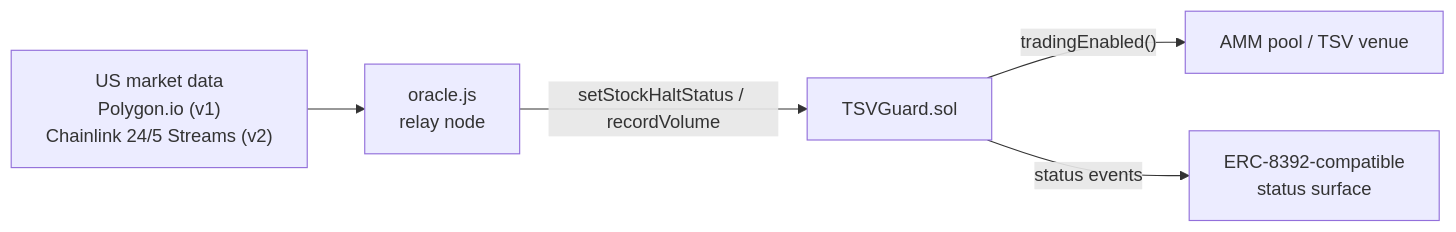
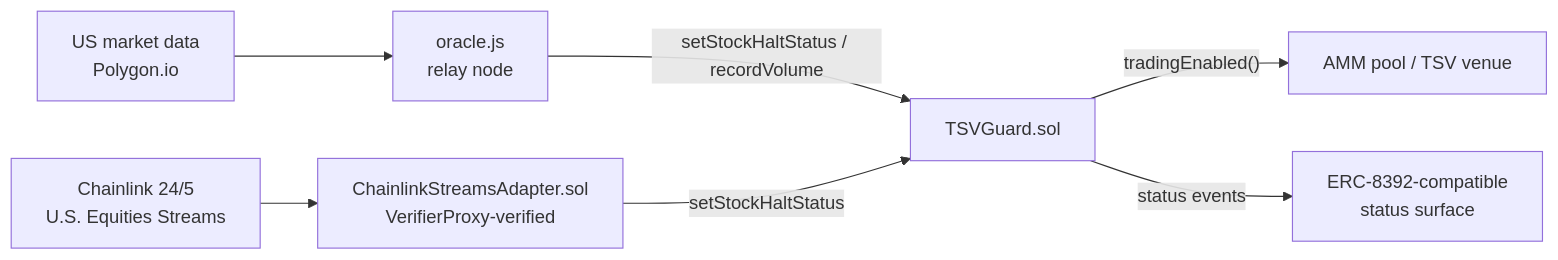
Before and after one commit to themis-labs/tsv-aegis: the diagram in README.md, drawn with Mermaid. The commit also changed other lines of this file, not shown here.

Commit message:
document the Chainlink streams adapter in architecture, data source notes and layout

````diff
--- a/README.md
+++ b/README.md
@@ -44,7 +44,9 @@
 ```mermaid
 flowchart LR
-    A["US market data<br/>Polygon.io (v1)<br/>Chainlink 24/5 Streams (v2)"] --> B["oracle.js<br/>relay node"]
+    A["US market data<br/>Polygon.io"] --> B["oracle.js<br/>relay node"]
+    F["Chainlink 24/5<br/>U.S. Equities Streams"] --> G["ChainlinkStreamsAdapter.sol<br/>VerifierProxy-verified"]
     B -->|"setStockHaltStatus / recordVolume"| C["TSVGuard.sol"]
+    G -->|"setStockHaltStatus"| C
     C -->|"tradingEnabled()"| D["AMM pool / TSV venue"]
     C -->|"status events"| E["ERC-8392-compatible<br/>status surface"]
 ```
````
